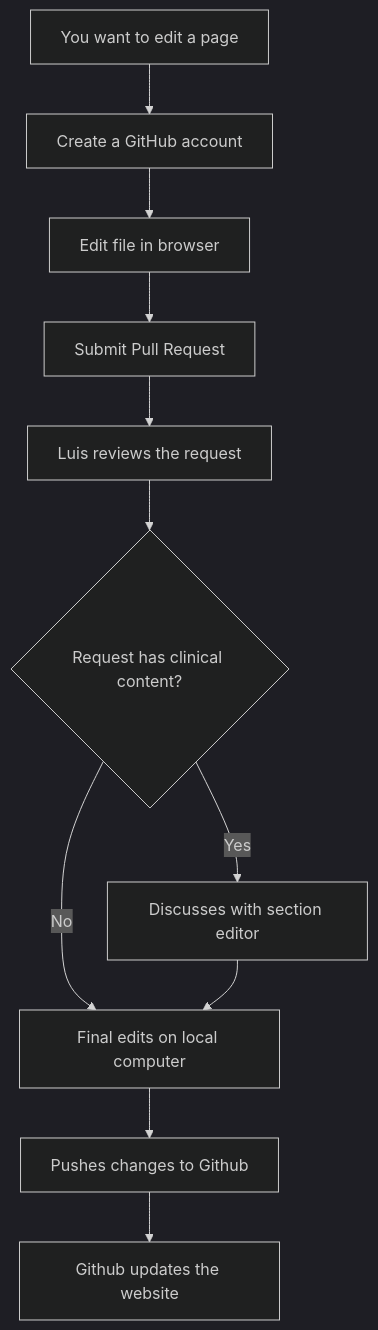
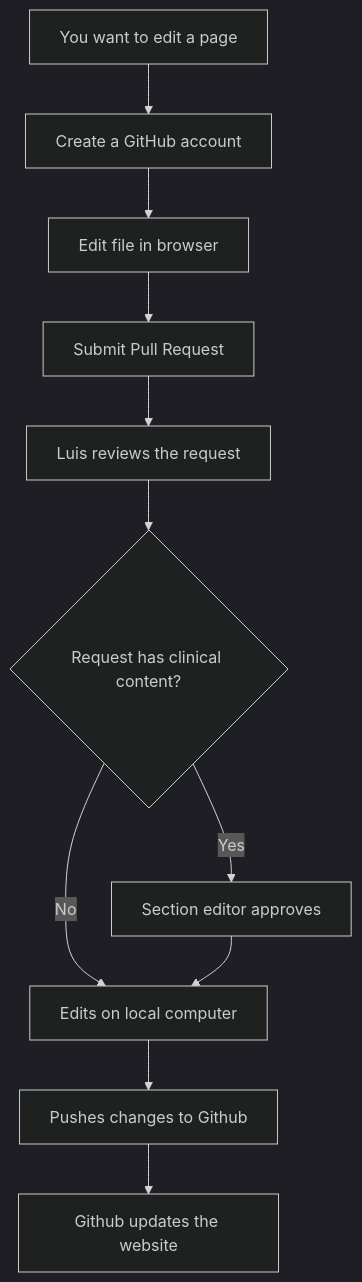
Before and after one commit to ufneurology/handbook: the diagram in README.md, drawn with Mermaid (dark theme).

````diff
--- a/README.md
+++ b/README.md
@@ -59,13 +59,13 @@
 ```mermaid
 flowchart TD
     A[You want to edit a page] --> B[Create a GitHub account]
     B --> C[Edit file in browser]
     C --> D[Submit Pull Request]
     D --> E[Luis reviews the request]
     E --> F{Request has clinical content?}
-    F -->|Yes| G[Discusses with section editor]
-    F -->|No| H[Final edits on local computer]
+    F -->|Yes| G[Section editor approves]
+    F -->|No| H[Edits on local computer]
     G --> H
     H --> I[Pushes changes to Github]
     I --> J[Github updates the website]
 ```
````
